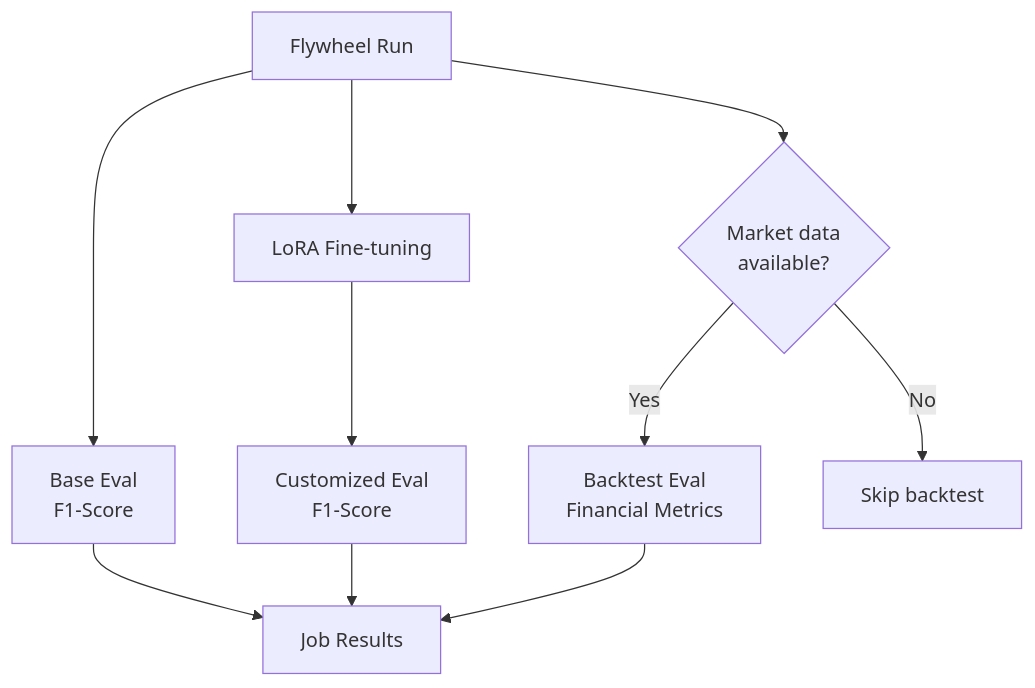
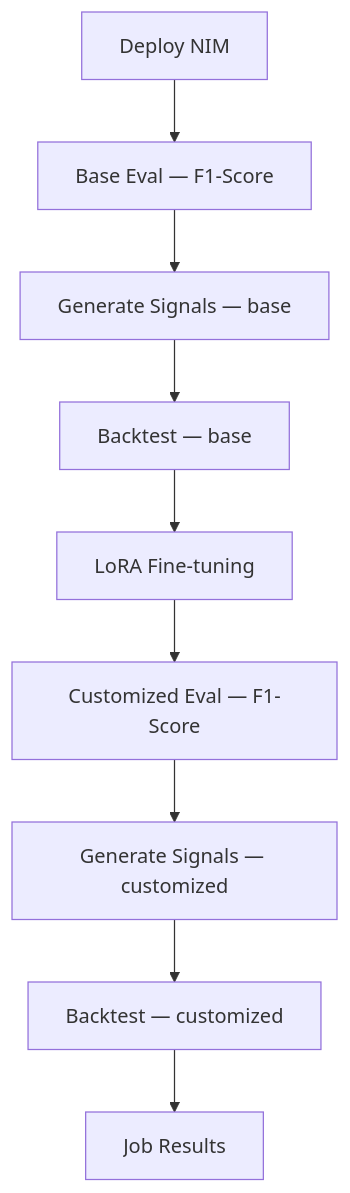
The second of 2 diagrams in ai-model-distillation-for-financial-data/docs/financial-backtesting.md (KxSystems/nvidia-kx-samples), drawn with Mermaid before and after one commit. The commit also changed other lines of this file and 9 other files, not shown here.

````diff
--- a/ai-model-distillation-for-financial-data/docs/financial-backtesting.md
+++ b/ai-model-distillation-for-financial-data/docs/financial-backtesting.md
@@ -83,10 +83,11 @@
 ```mermaid
 flowchart TD
-    A[Flywheel Run] --> B[Base Eval<br/>F1-Score]
-    A --> C[LoRA Fine-tuning]
-    C --> D[Customized Eval<br/>F1-Score]
-    A --> E{Market data<br/>available?}
-    E -->|Yes| F[Backtest Eval<br/>Financial Metrics]
-    E -->|No| G[Skip backtest]
-    B & D & F --> H[Job Results]
+    A[Deploy NIM] --> B[Base Eval — F1-Score]
+    B --> B2[Generate Signals — base]
+    B2 --> B3[Backtest — base]
+    B3 --> C[LoRA Fine-tuning]
+    C --> D[Customized Eval — F1-Score]
+    D --> D2[Generate Signals — customized]
+    D2 --> D3[Backtest — customized]
+    D3 --> E[Job Results]
 ```
````
